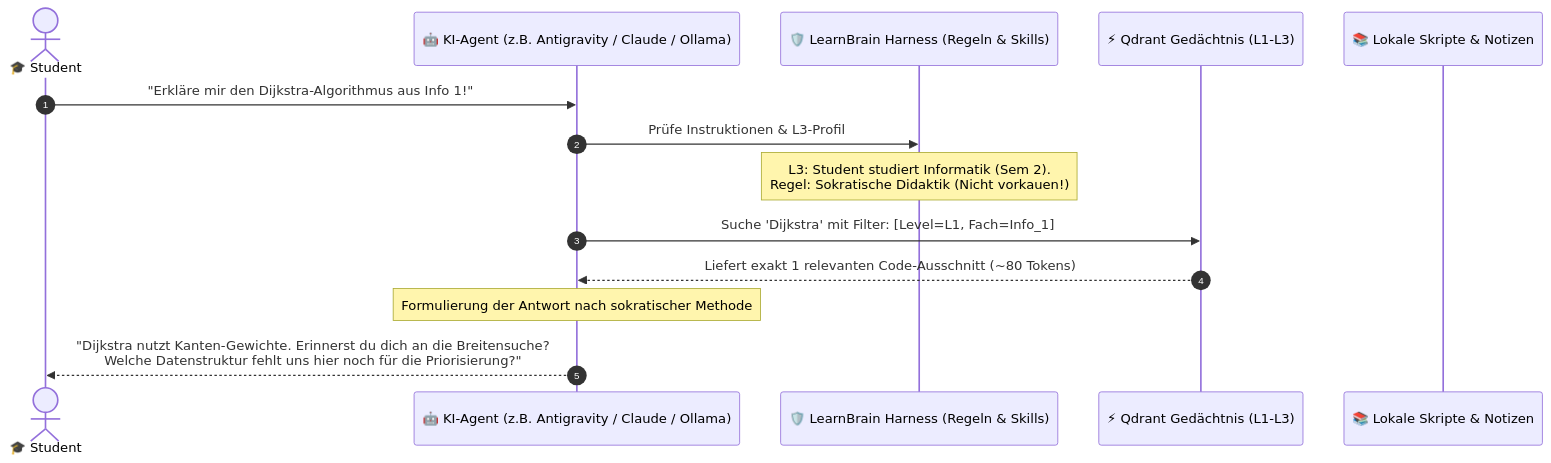
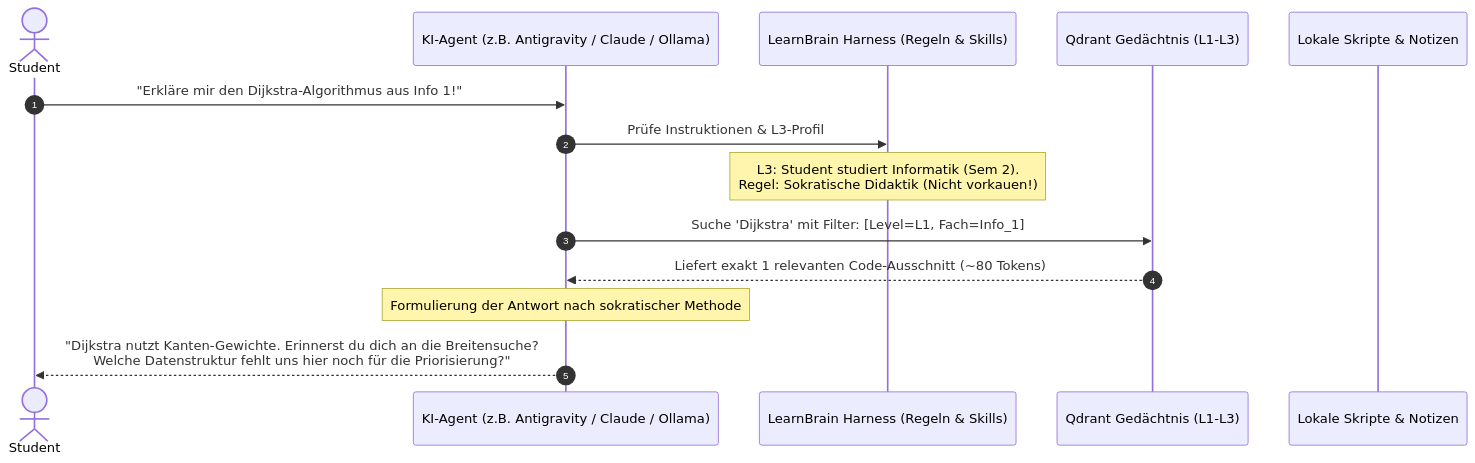
Before and after one commit to OpenLearnBrain/LearnBrain: the second of 3 diagrams in README.md, drawn with Mermaid. The commit also changed other lines of this file, not shown here.

Commit message:
README an die Design-Regeln anpassen

````diff
--- a/README.md
+++ b/README.md
@@ -60,17 +54,17 @@
 ```mermaid
 sequenceDiagram
     autonumber
-    actor Student as 🎓 Student
-    participant KI as 🤖 KI-Agent (z.B. Antigravity / Claude / Ollama)
-    participant Harness as 🛡️ LearnBrain Harness (Regeln & Skills)
-    participant Qdrant as ⚡ Qdrant Gedächtnis (L1-L3)
-    participant Library as 📚 Lokale Skripte & Notizen
+    actor Student as Student
+    participant KI as KI-Agent (z.B. Antigravity / Claude / Ollama)
+    participant Harness as LearnBrain Harness (Regeln & Skills)
+    participant Qdrant as Qdrant Gedächtnis (L1-L3)
+    participant Library as Lokale Skripte & Notizen
 
     Student->>KI: "Erkläre mir den Dijkstra-Algorithmus aus Info 1!"
     KI->>Harness: Prüfe Instruktionen & L3-Profil
     Note over Harness: L3: Student studiert Informatik (Sem 2).<br/>Regel: Sokratische Didaktik (Nicht vorkauen!)
     KI->>Qdrant: Suche 'Dijkstra' mit Filter: [Level=L1, Fach=Info_1]
     Qdrant-->>KI: Liefert exakt 1 relevanten Code-Ausschnitt (~80 Tokens)
     Note over KI: Formulierung der Antwort nach sokratischer Methode
     KI-->>Student: "Dijkstra nutzt Kanten-Gewichte. Erinnerst du dich an die Breitensuche?<br/>Welche Datenstruktur fehlt uns hier noch für die Priorisierung?"
 ```
````
